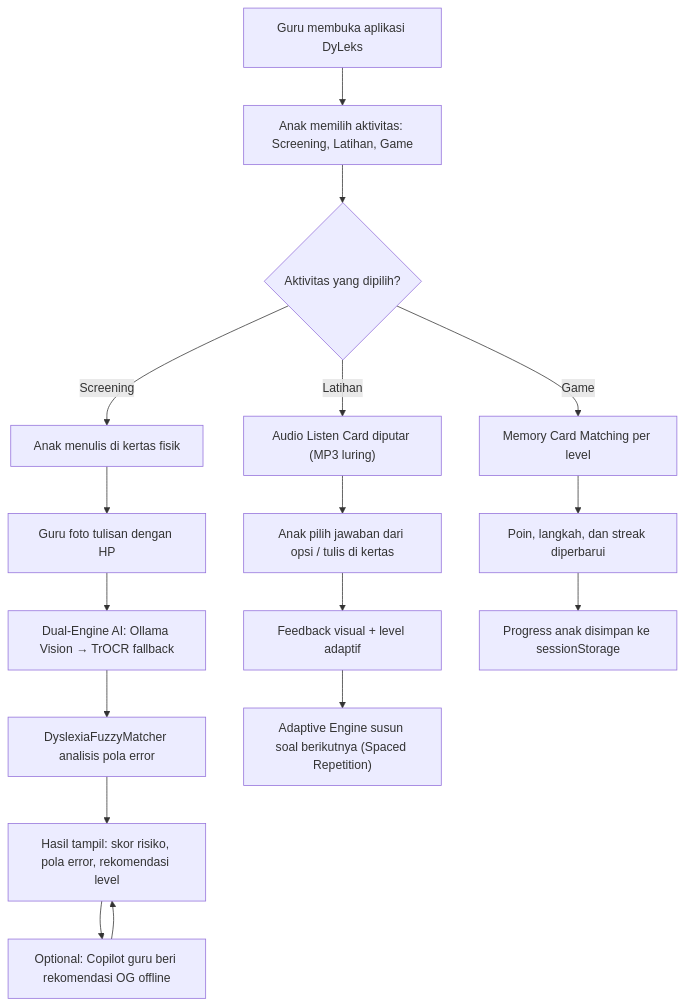
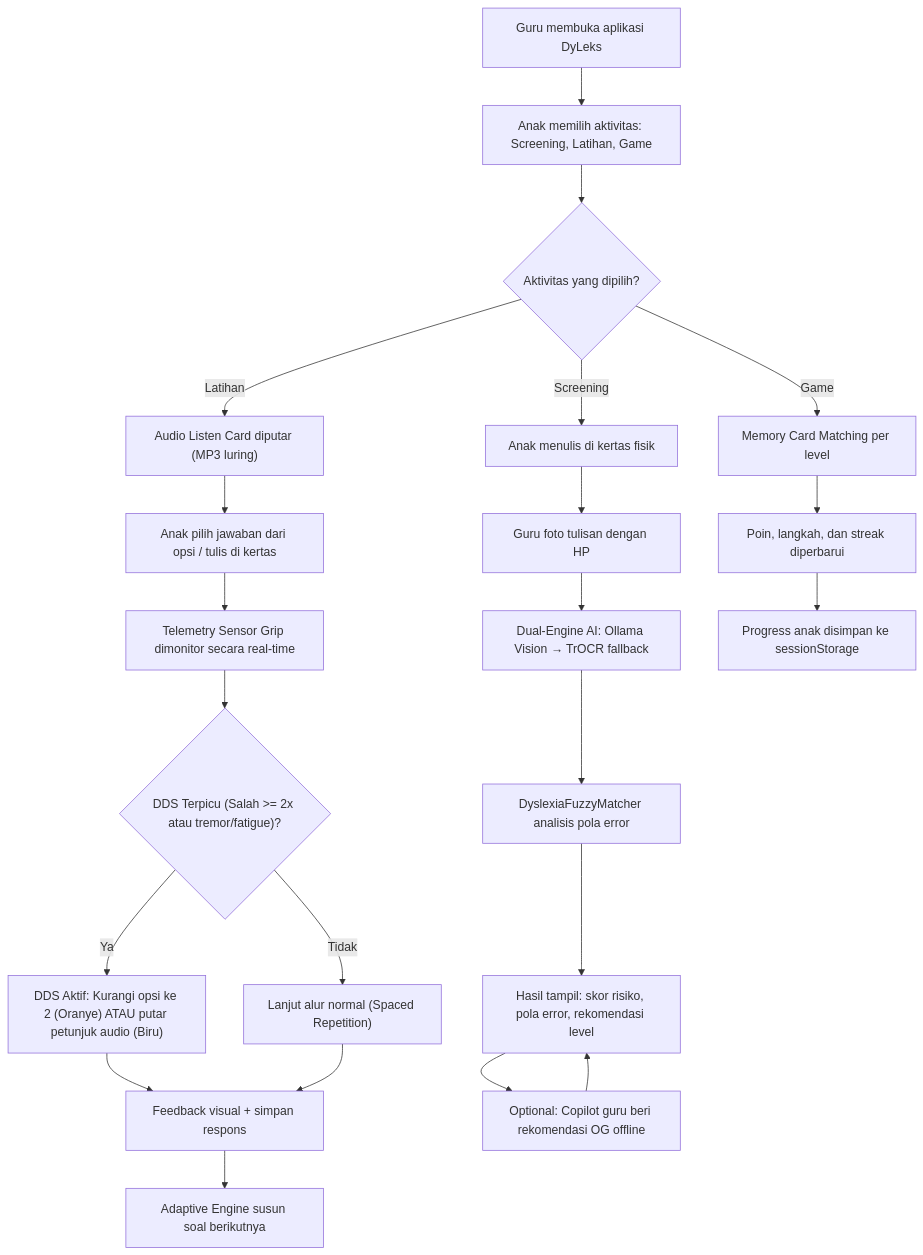
Before and after one commit to Thbetyfu/DyLeks-PROJECT: the diagram in DyLeks/README.md, drawn with Mermaid. The commit also changed other lines of this file, not shown here.

Commit message:
docs: Update README.md to document Adaptive DDS & telemetry architecture

````diff
--- a/DyLeks/README.md
+++ b/DyLeks/README.md
@@ -341,23 +363,28 @@
 ```mermaid
 flowchart TD
     A["Guru membuka aplikasi DyLeks"] --> B["Anak memilih aktivitas: Screening, Latihan, Game"]
     B --> C{"Aktivitas yang dipilih?"}
 
     C -->|Screening| D["Anak menulis di kertas fisik"]
     D --> E["Guru foto tulisan dengan HP"]
     E --> F["Dual-Engine AI: Ollama Vision → TrOCR fallback"]
     F --> G["DyslexiaFuzzyMatcher analisis pola error"]
     G --> H["Hasil tampil: skor risiko, pola error, rekomendasi level"]
 
     C -->|Latihan| J["Audio Listen Card diputar (MP3 luring)"]
     J --> K["Anak pilih jawaban dari opsi / tulis di kertas"]
-    K --> L["Feedback visual + level adaptif"]
-    L --> M["Adaptive Engine susun soal berikutnya (Spaced Repetition)"]
+    K --> L["Telemetry Sensor Grip dimonitor secara real-time"]
+    L --> M{"DDS Terpicu (Salah >= 2x atau tremor/fatigue)?"}
+    M -->|Ya| N["DDS Aktif: Kurangi opsi ke 2 (Oranye) ATAU putar petunjuk audio (Biru)"]
+    M -->|Tidak| O["Lanjut alur normal (Spaced Repetition)"]
+    N --> P["Feedback visual + simpan respons"]
+    O --> P
+    P --> Q["Adaptive Engine susun soal berikutnya"]
 
-    C -->|Game| N["Memory Card Matching per level"]
-    N --> O["Poin, langkah, dan streak diperbarui"]
-    O --> P["Progress anak disimpan ke sessionStorage"]
+    C -->|Game| R["Memory Card Matching per level"]
+    R --> S["Poin, langkah, dan streak diperbarui"]
+    S --> T["Progress anak disimpan ke sessionStorage"]
 
-    H --> Q["Optional: Copilot guru beri rekomendasi OG offline"]
-    Q --> H
+    H --> U["Optional: Copilot guru beri rekomendasi OG offline"]
+    U --> H
 ```
````
